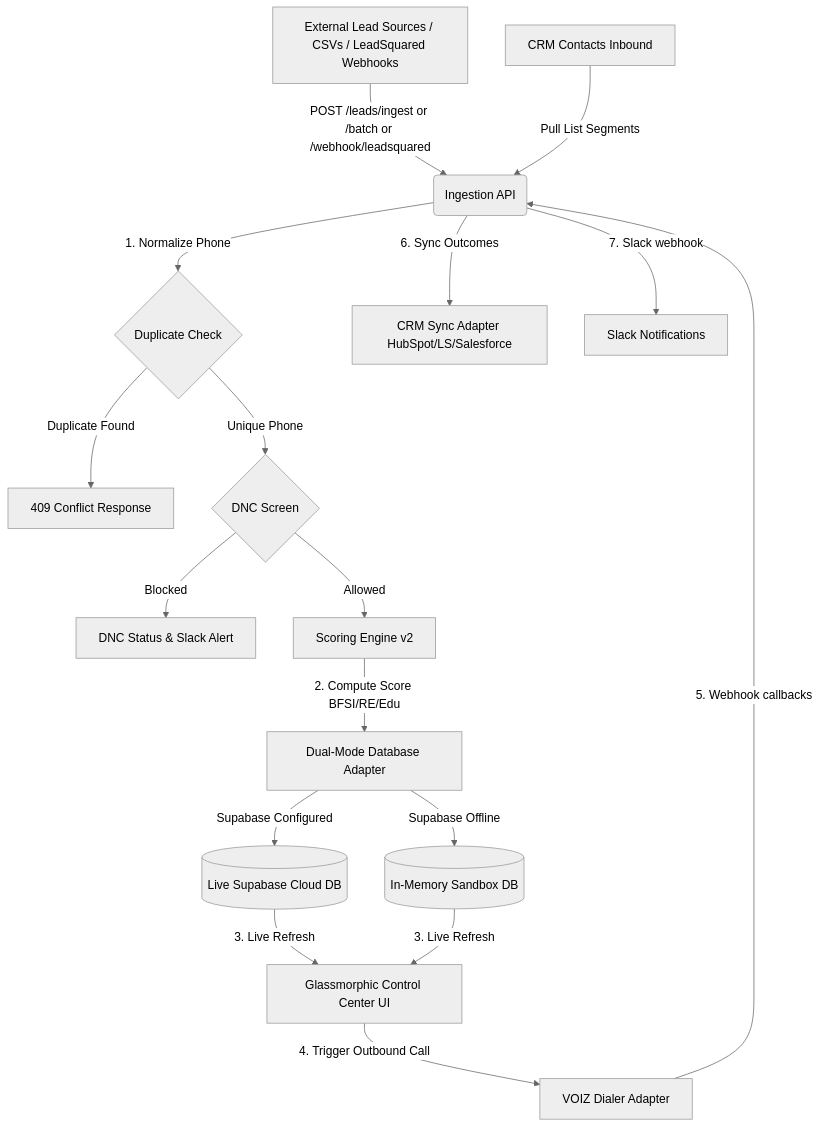
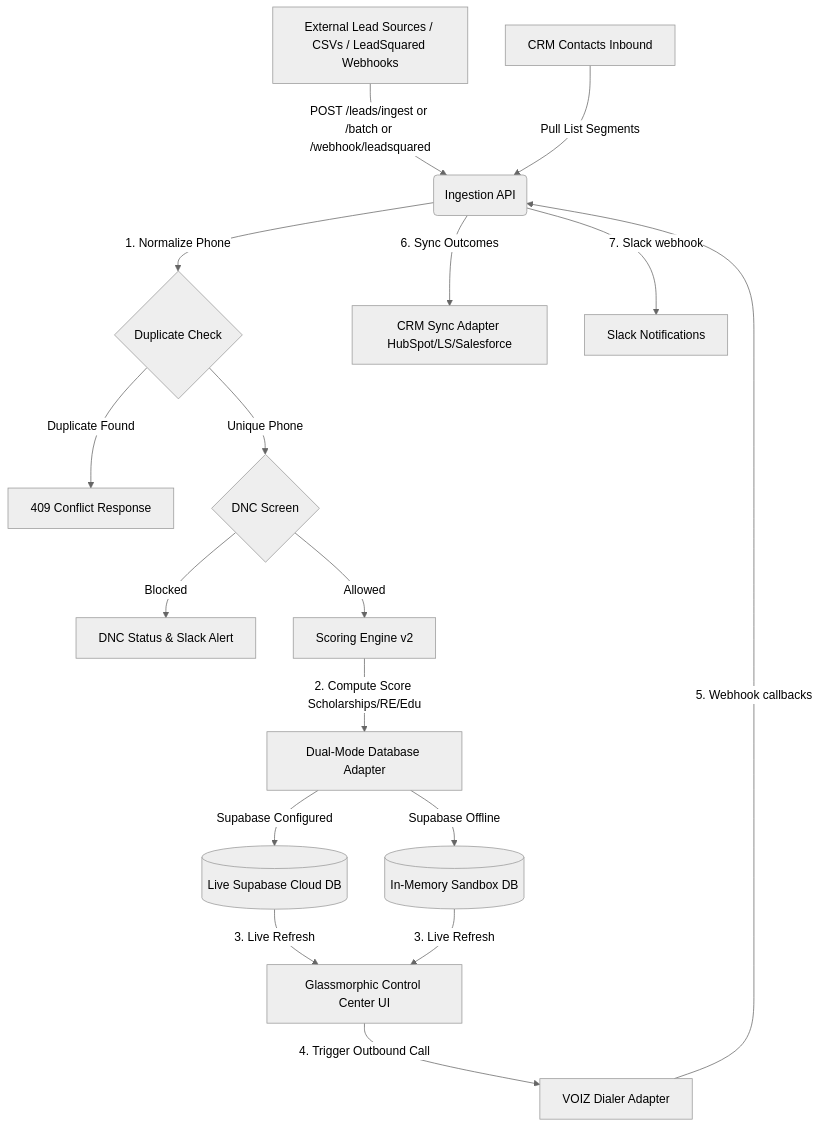
One commit to arpansingha7/LEADX changed the diagram in README.md. Above: the diagram before and after it, drawn with Mermaid (neutral theme). The commit also changed other lines of this file and 11 other files, not shown here.

````diff
--- a/README.md
+++ b/README.md
@@ -17,18 +17,18 @@
 ```mermaid
 flowchart TD
     A[External Lead Sources / CSVs / LeadSquared Webhooks] -->|POST /leads/ingest or /batch or /webhook/leadsquared| B(Ingestion API)
     CRM[CRM Contacts Inbound] -->|Pull List Segments| B
     B -->|1. Normalize Phone| C{Duplicate Check}
     C -->|Duplicate Found| D[409 Conflict Response]
     C -->|Unique Phone| E{DNC Screen}
     E -->|Blocked| F[DNC Status & Slack Alert]
     E -->|Allowed| G[Scoring Engine v2]
-    G -->|2. Compute Score BFSI/RE/Edu| H[Dual-Mode Database Adapter]
+    G -->|2. Compute Score Scholarships/RE/Edu| H[Dual-Mode Database Adapter]
     H -->|Supabase Configured| I[(Live Supabase Cloud DB)]
     H -->|Supabase Offline| J[(In-Memory Sandbox DB)]
     I & J -->|3. Live Refresh| K[Glassmorphic Control Center UI]
     K -->|4. Trigger Outbound Call| L[VOIZ Dialer Adapter]
     L -->|5. Webhook callbacks| B
     B -->|6. Sync Outcomes| M[CRM Sync Adapter HubSpot/LS/Salesforce]
     B -->|7. Slack webhook| N[Slack Notifications]
 ```
````
